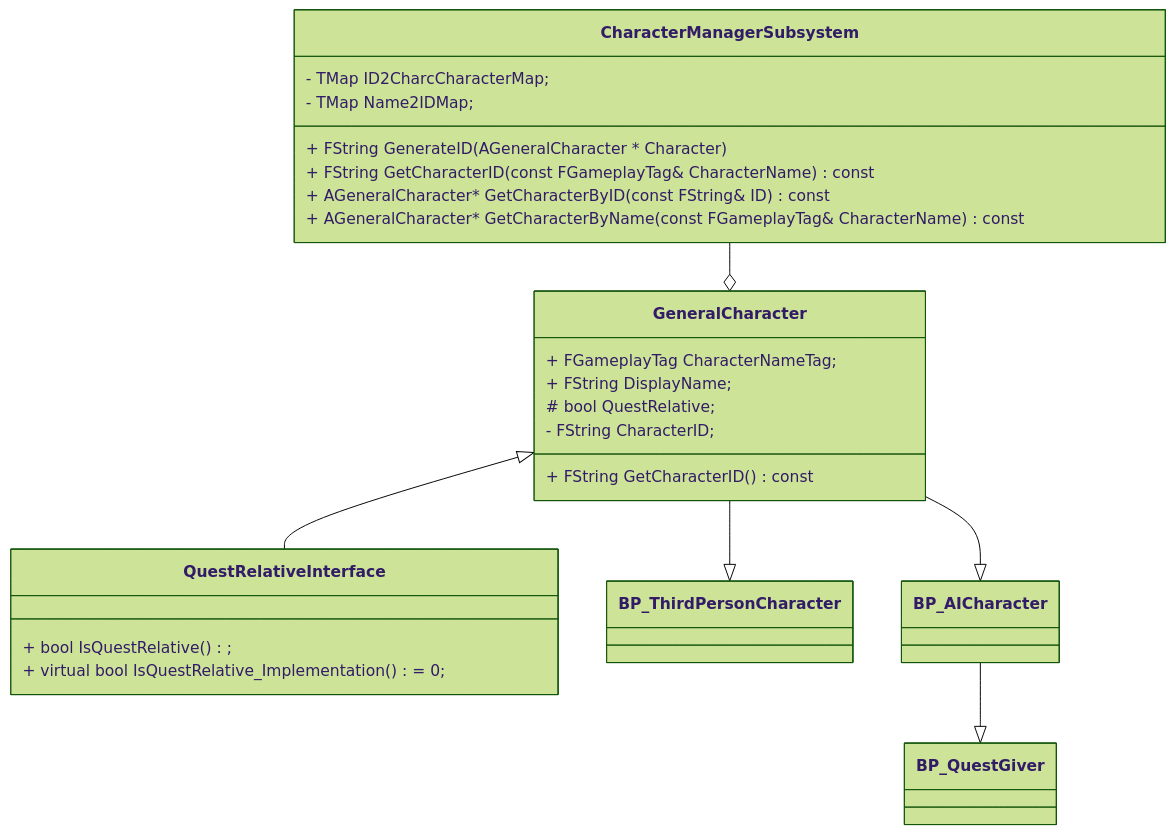
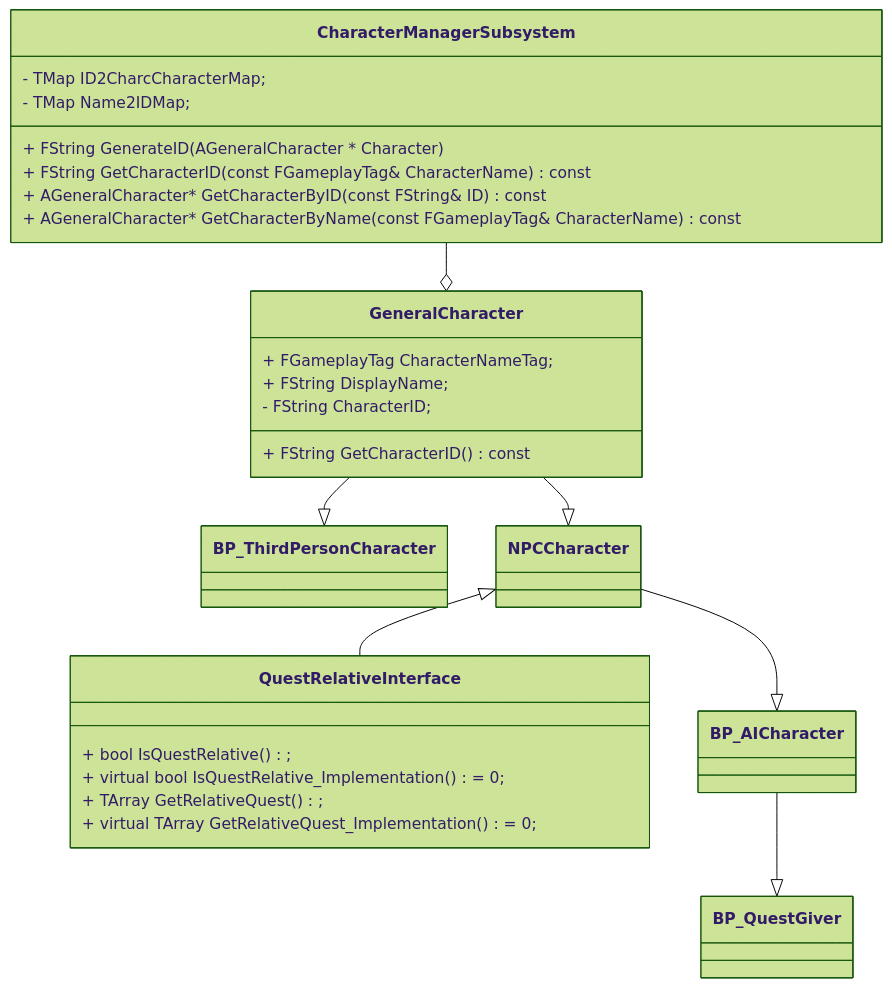
The first of 10 diagrams in Document/任务系统，对话系统，以及角色系统文档整理.md (getyo/ARPG_Learn), drawn with Mermaid (forest theme) before and after one commit. The commit also changed other lines of this file and 7 other files, not shown here.

````diff
--- a/Document/任务系统，对话系统，以及角色系统文档整理.md
+++ b/Document/任务系统，对话系统，以及角色系统文档整理.md
@@ -9,29 +9,32 @@
 ```mermaid
 classDiagram 
 	CharacterManagerSubsystem --o GeneralCharacter 
-	GeneralCharacter <|-- QuestRelativeInterface
 	GeneralCharacter --|> BP_ThirdPersonCharacter
-	GeneralCharacter --|> BP_AICharacter
+	GeneralCharacter --|> NPCCharacter
+	NPCCharacter <|-- QuestRelativeInterface
+	NPCCharacter --|> BP_AICharacter
 	BP_AICharacter --|> BP_QuestGiver
+	
 	
 	class GeneralCharacter{
 		+ FGameplayTag CharacterNameTag;
 		+ FString DisplayName;
-		# bool QuestRelative;
 		- FString CharacterID;
 		+ FString GetCharacterID() const
 
 	}
 	class CharacterManagerSubsystem{
 		- TMap<FString,AGeneralCharacter*> ID2CharcCharacterMap;
 		- TMap<FGameplayTag,FString> Name2IDMap;
 		+ FString GenerateID(AGeneralCharacter * Character)
 		+ FString GetCharacterID(const FGameplayTag& CharacterName) const
 		+ AGeneralCharacter* GetCharacterByID(const FString& ID) const
 		+ AGeneralCharacter* GetCharacterByName(const FGameplayTag& CharacterName) const
 	}
 	class QuestRelativeInterface {
 		+ bool IsQuestRelative();
 		+ virtual bool IsQuestRelative_Implementation() = 0;
+		+ TArray<FGameplayTag> GetRelativeQuest();
+		+ virtual TArray<FGameplayTag> GetRelativeQuest_Implementation() = 0;
 	}
 ```
````
